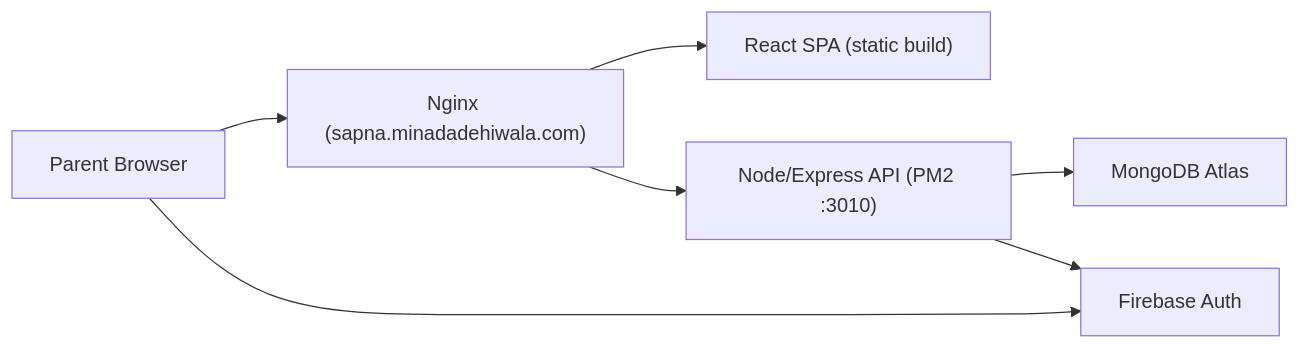
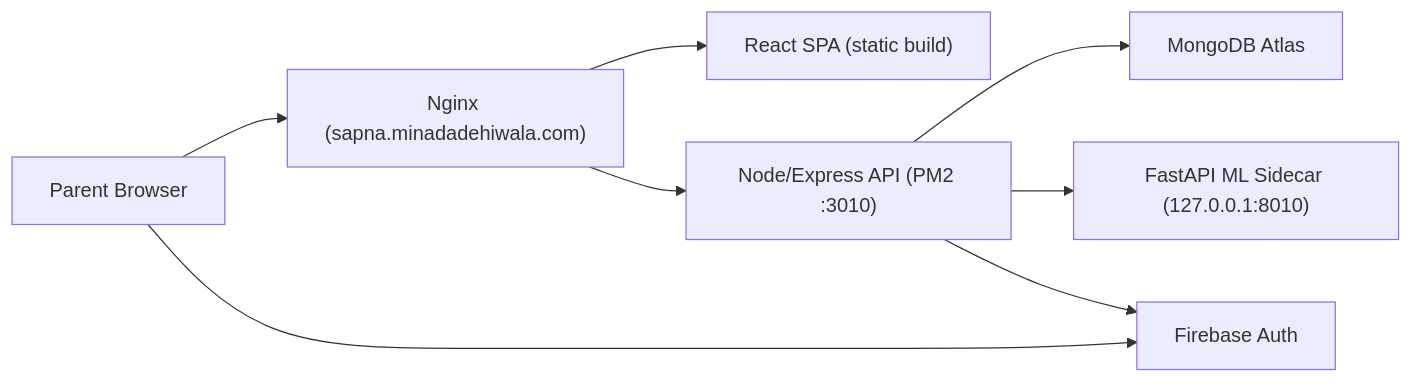
Before and after one commit to MinadaDehiwala/sapna-toddler-monitoring: the diagram in README.md, drawn with Mermaid. The commit also changed other lines of this file and 39 other files, not shown here.

````diff
--- a/README.md
+++ b/README.md
@@ -24,9 +25,10 @@
 ```mermaid
 flowchart LR
     A["Parent Browser"] --> B["Nginx (sapna.minadadehiwala.com)"]
     B --> C["React SPA (static build)"]
     B --> D["Node/Express API (PM2 :3010)"]
     D --> E["MongoDB Atlas"]
+    D --> G["FastAPI ML Sidecar (127.0.0.1:8010)"]
     A --> F["Firebase Auth"]
     D --> F
 ```
````
